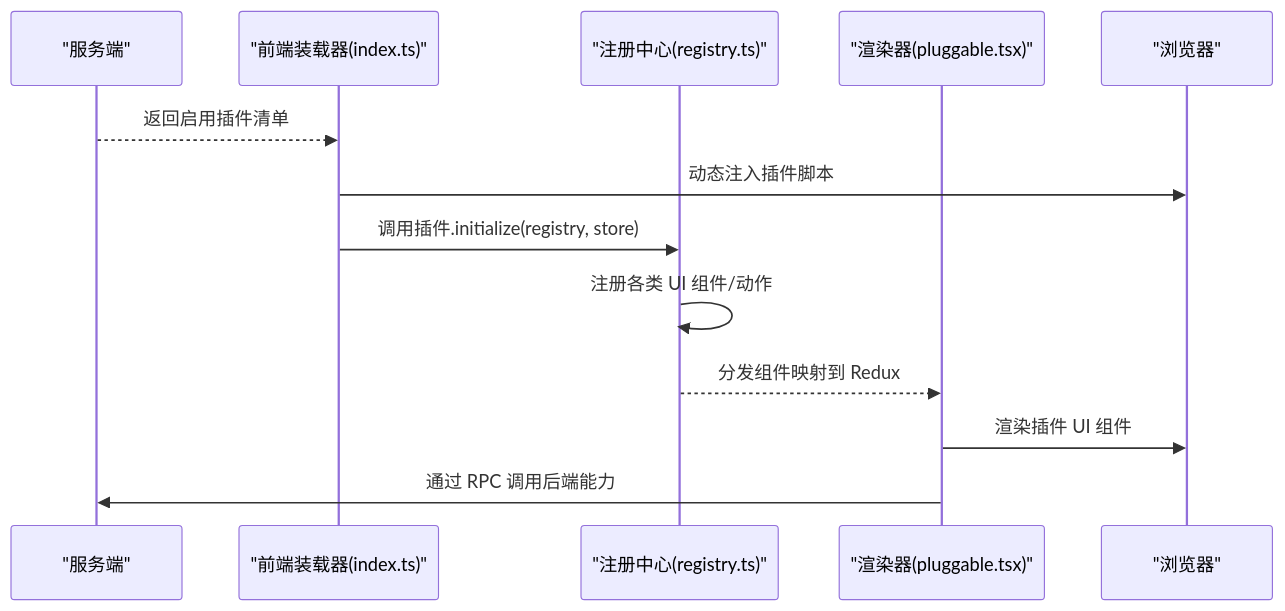
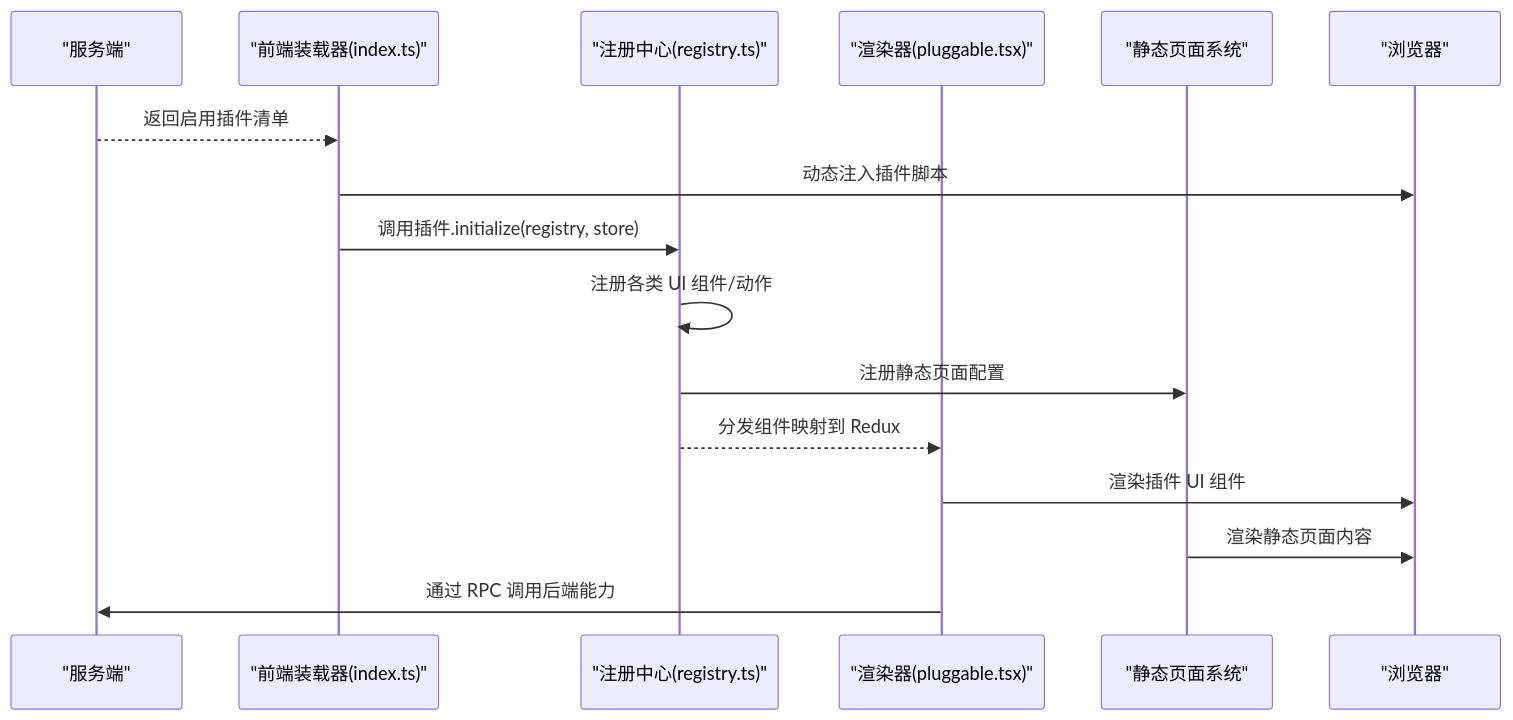
Before and after one commit to frankMa-1993/mattermost: the second of 3 diagrams in .qoder/repowiki/zh/content/插件开发/前端插件开发.md, drawn with Mermaid. The commit also changed other lines of this file and 7 other files, not shown here.

````diff
--- a/.qoder/repowiki/zh/content/插件开发/前端插件开发.md
+++ b/.qoder/repowiki/zh/content/插件开发/前端插件开发.md
@@ -90,15 +117,18 @@
 ```mermaid
 sequenceDiagram
 participant S as "服务端"
 participant C as "前端装载器(index.ts)"
 participant R as "注册中心(registry.ts)"
 participant P as "渲染器(pluggable.tsx)"
+participant SP as "静态页面系统"
 participant B as "浏览器"
 S-->>C : 返回启用插件清单
 C->>B : 动态注入插件脚本
 C->>R : 调用插件.initialize(registry, store)
 R->>R : 注册各类 UI 组件/动作
+R->>SP : 注册静态页面配置
 R-->>P : 分发组件映射到 Redux
 P->>B : 渲染插件 UI 组件
+SP->>B : 渲染静态页面内容
 P->>S : 通过 RPC 调用后端能力
 ```
````
